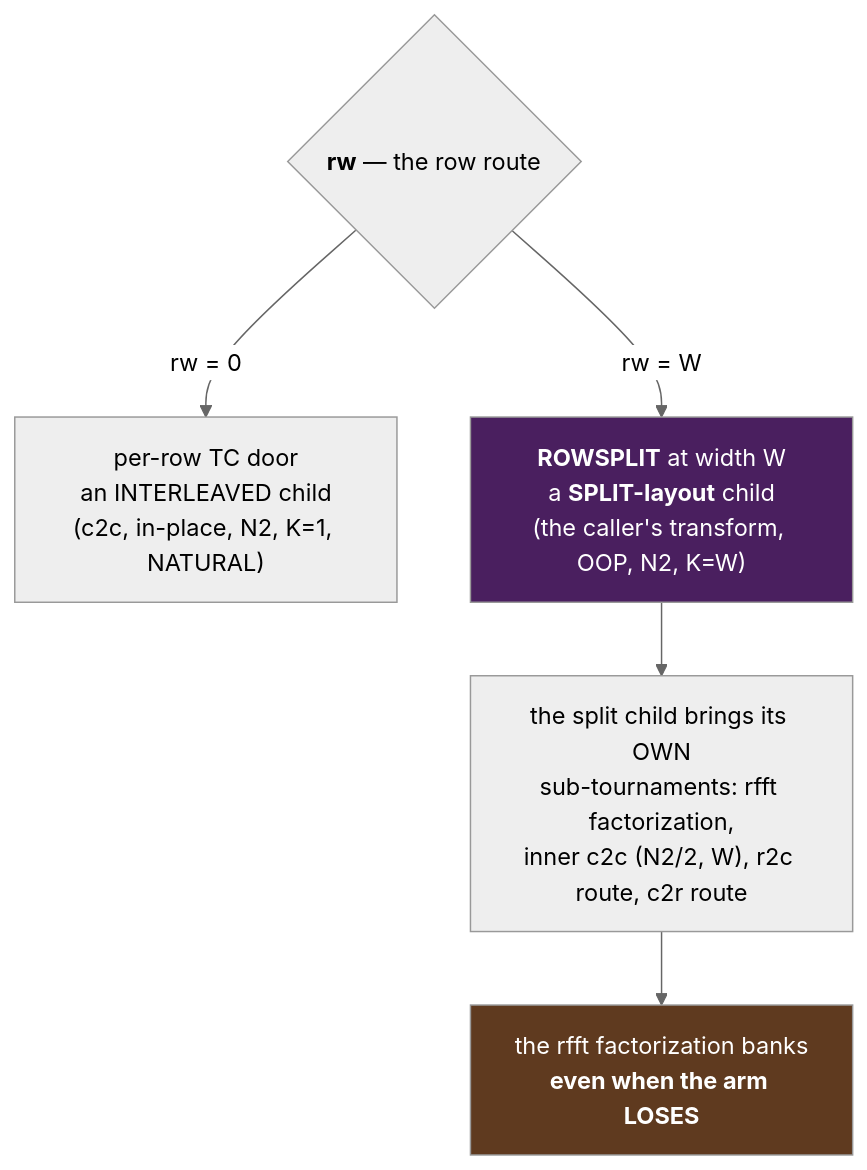
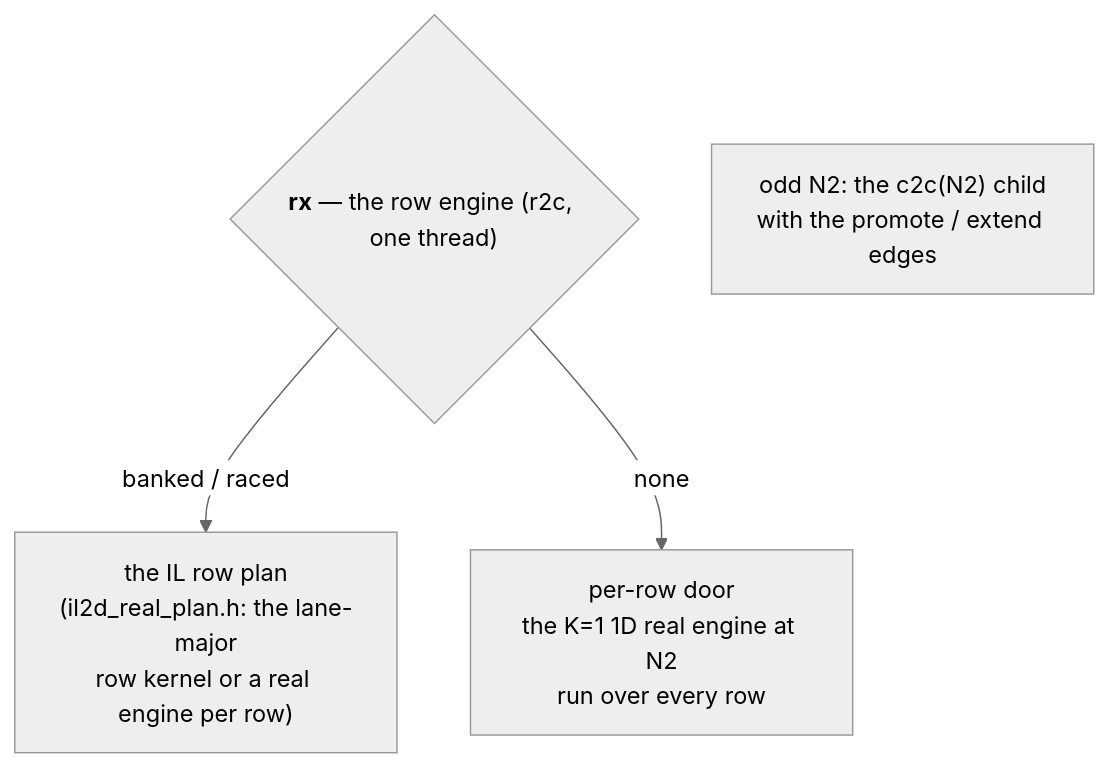
Before and after one commit to Tugbars/VectorFFT: the ninth of 14 diagrams in docs/design/planning_model.md, drawn with Mermaid (neutral theme). The commit also changed other lines of this file and 7 other files, not shown here.

````diff
--- a/docs/design/planning_model.md
+++ b/docs/design/planning_model.md
@@ -706,11 +706,7 @@
 ```mermaid
 flowchart TD
-    RW{"<b>rw</b> — the row route"}
-    RW -->|"rw = 0"| TC["per-row TC door<br/>an INTERLEAVED child<br/>(c2c, in-place, N2, K=1, NATURAL)"]
-    RW -->|"rw = W"| RS["<b>ROWSPLIT</b> at width W<br/>a <b>SPLIT-layout</b> child<br/>(the caller's transform, OOP, N2, K=W)"]
-    RS --> ARMS["the split child brings its OWN<br/>sub-tournaments: rfft factorization,<br/>inner c2c (N2/2, W), r2c route, c2r route"]
-    ARMS --> BANK["the rfft factorization banks<br/><b>even when the arm LOSES</b>"]
-
-    style RS fill:#4a1f5f,color:#fff
-    style BANK fill:#5f3a1f,color:#fff
+    RX{"<b>rx</b> — the row engine (r2c, one thread)"}
+    RX -->|"banked / raced"| LM["the IL row plan<br/>(il2d_real_plan.h: the lane-major<br/>row kernel or a real engine per row)"]
+    RX -->|"none"| TC["per-row door<br/>the K=1 1D real engine at N2<br/>run over every row"]
+    ODD["odd N2: the c2c(N2) child<br/>with the promote / extend edges"]
 ```
````
